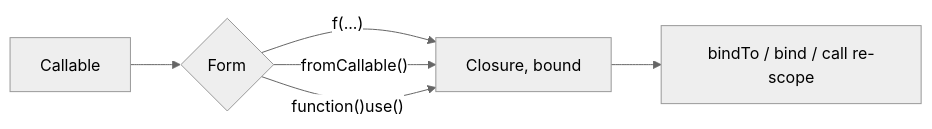
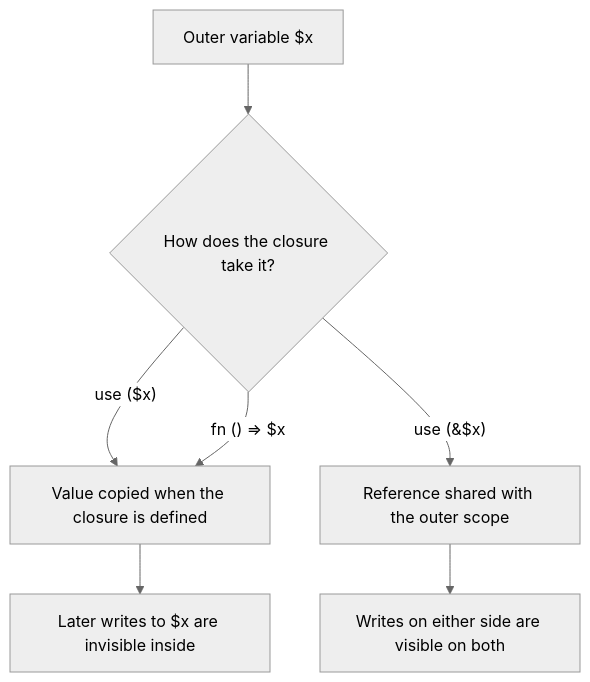
Before and after one commit to jasseryah-mazars/Sf-8.0: the first of 2 diagrams in docs/php-web-security/closures.md, drawn with Mermaid (neutral theme). The commit also changed other lines of this file and 21 other files, not shown here.

````diff
--- a/docs/php-web-security/closures.md
+++ b/docs/php-web-security/closures.md
@@ -154,8 +140,9 @@
 ```mermaid
-flowchart LR
-    A[Callable] --> B{Form}
-    B -->|"f(...)"| C[Closure, bound]
-    B -->|"fromCallable()"| C
-    B -->|"function()use()"| C
-    C --> D["bindTo / bind / call re-scope"]
+flowchart TD
+    A["Outer variable $x"] --> B{"How does the closure take it?"}
+    B -->|"use ($x)"| C["Value copied when the closure is defined"]
+    B -->|"fn () => $x"| C
+    B -->|"use (&$x)"| D["Reference shared with the outer scope"]
+    C --> E["Later writes to $x are invisible inside"]
+    D --> F["Writes on either side are visible on both"]
 ```
````
